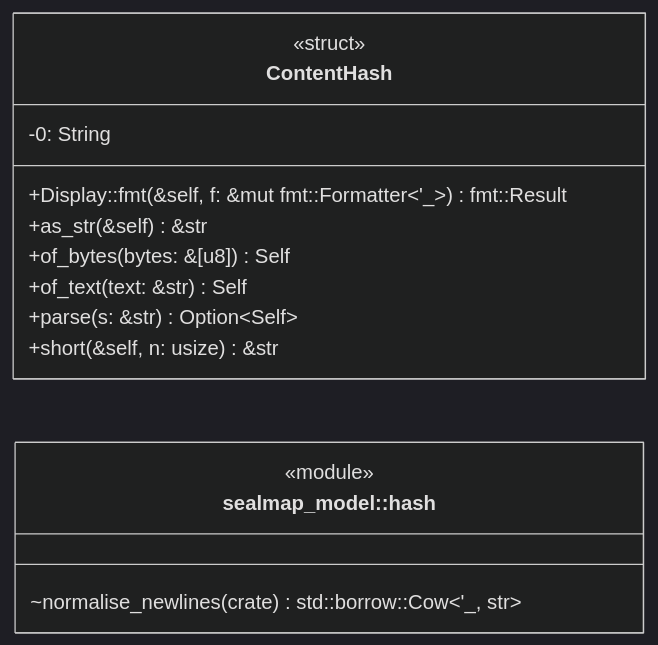
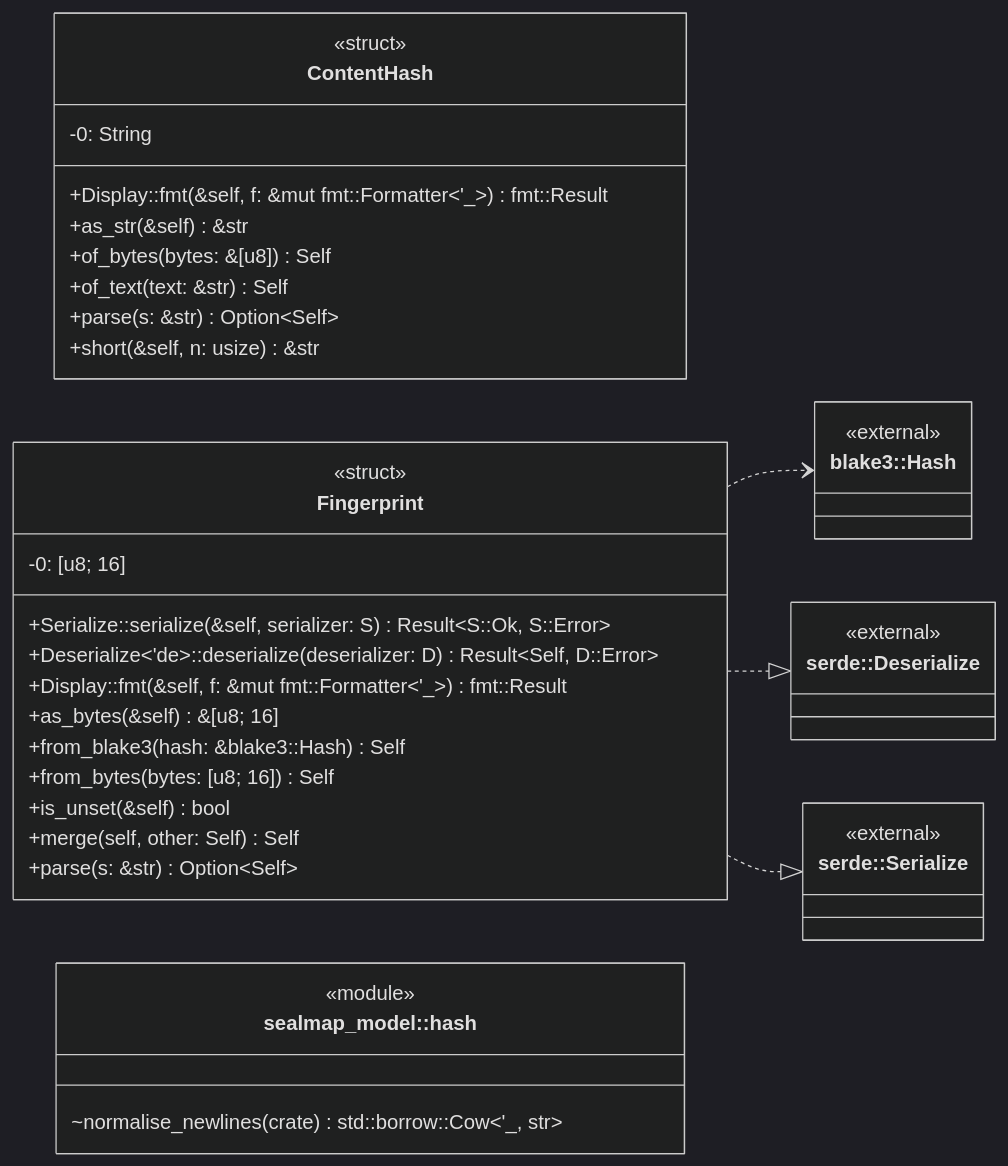
The first of 6 diagrams in docs/sealmap/crates/sealmap-model/src/hash.rs.md (DreamLab-AI/codemaid), drawn with Mermaid (dark theme) before and after one commit. The commit also changed other lines of this file and 45 other files, not shown here.

First line of the commit message:
docs: regenerate the self-corpus for sym: ids and schema v2

````diff
--- a/docs/sealmap/crates/sealmap-model/src/hash.rs.md
+++ b/docs/sealmap/crates/sealmap-model/src/hash.rs.md
@@ -13,18 +13,43 @@
 ```mermaid
 classDiagram
   direction LR
-  class sealmap_model__hash__ContentHash["ContentHash"] {
+  class sealmap_model__hash___tContentHash["ContentHash"] {
     <<struct>>
     -0: String
     +Display::fmt(&self, f: &mut fmt::Formatter#lt;'_#gt;) fmt::Result
     +as_str(&self) &str
     +of_bytes(bytes: &[u8]) Self
     +of_text(text: &str) Self
     +parse(s: &str) Option#lt;Self#gt;
     +short(&self, n: usize) &str
   }
+  class sealmap_model__hash___tFingerprint["Fingerprint"] {
+    <<struct>>
+    -0: [u8#59; 16]
+    +Serialize::serialize(&self, serializer: S) Result#lt;S::Ok, S::Error#gt;
+    +Deserialize#lt;'de#gt;::deserialize(deserializer: D) Result#lt;Self, D::Error#gt;
+    +Display::fmt(&self, f: &mut fmt::Formatter#lt;'_#gt;) fmt::Result
+    +as_bytes(&self) &[u8#59; 16]
+    +from_blake3(hash: &blake3::Hash) Self
+    +from_bytes(bytes: [u8#59; 16]) Self
+    +is_unset(&self) bool
+    +merge(self, other: Self) Self
+    +parse(s: &str) Option#lt;Self#gt;
+  }
   class sealmap_model__hash["sealmap_model::hash"] {
     <<module>>
     ~normalise_newlines(crate) std::borrow::Cow#lt;'_, str#gt;
   }
+  class _blake3__Hash["blake3::Hash"] {
+    <<external>>
+  }
+  class _serde__Deserialize["serde::Deserialize"] {
+    <<external>>
+  }
+  class _serde__Serialize["serde::Serialize"] {
+    <<external>>
+  }
+  sealmap_model__hash___tFingerprint ..> _blake3__Hash
+  sealmap_model__hash___tFingerprint ..|> _serde__Deserialize
+  sealmap_model__hash___tFingerprint ..|> _serde__Serialize
 ```
````
